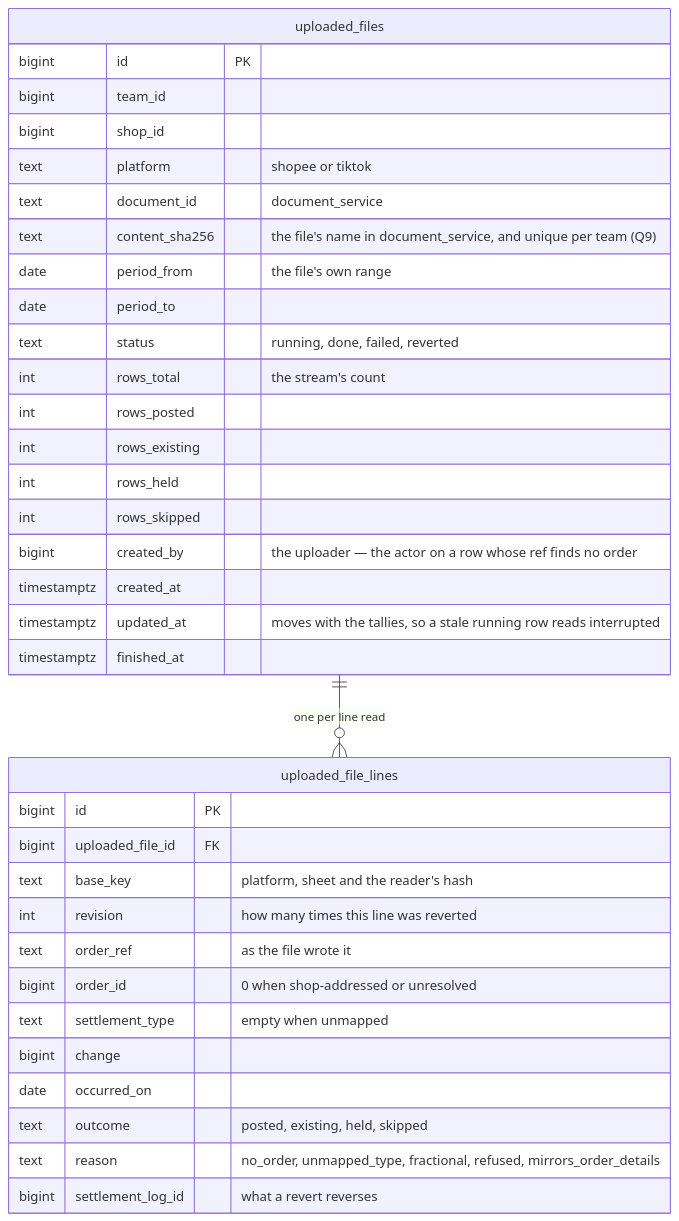
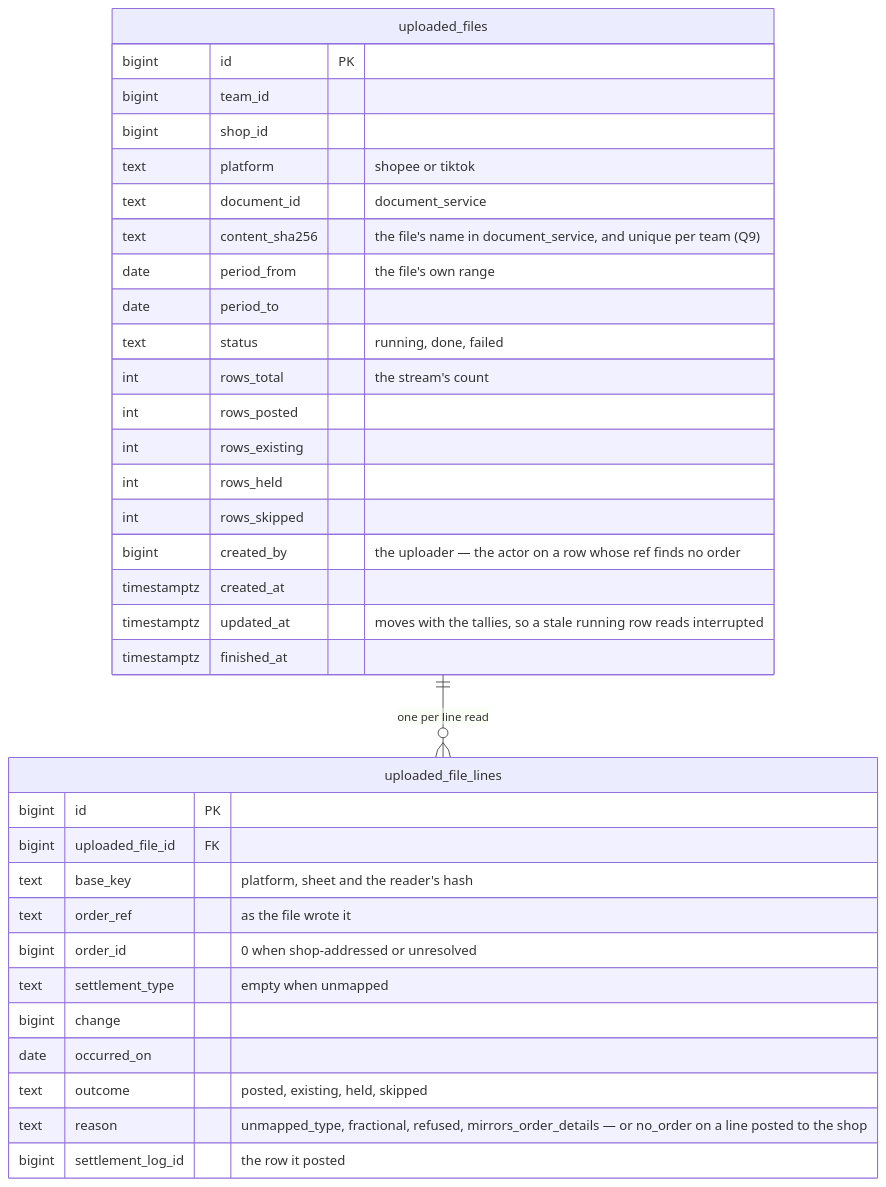
One commit to pdcgo/warehouse_revamp changed the fifth of 8 diagrams in docs/business/settlement/settlement_importer_clarify.md. Above: the diagram before and after it, drawn with Mermaid. The commit also changed other lines of this file and 3 other files, not shown here.

First line of the commit message:
settlement: record three importer answers - stream auth, no revert, post to shop

````diff
--- a/docs/business/settlement/settlement_importer_clarify.md
+++ b/docs/business/settlement/settlement_importer_clarify.md
@@ -210,38 +208,37 @@
 ```mermaid
 erDiagram
   uploaded_files ||--o{ uploaded_file_lines : "one per line read"
   uploaded_files {
     bigint id PK
     bigint team_id
     bigint shop_id
     text platform "shopee or tiktok"
     text document_id "document_service"
     text content_sha256 "the file's name in document_service, and unique per team (Q9)"
     date period_from "the file's own range"
     date period_to
-    text status "running, done, failed, reverted"
+    text status "running, done, failed"
     int rows_total "the stream's count"
     int rows_posted
     int rows_existing
     int rows_held
     int rows_skipped
     bigint created_by "the uploader — the actor on a row whose ref finds no order"
     timestamptz created_at
     timestamptz updated_at "moves with the tallies, so a stale running row reads interrupted"
     timestamptz finished_at
   }
   uploaded_file_lines {
     bigint id PK
     bigint uploaded_file_id FK
     text base_key "platform, sheet and the reader's hash"
-    int revision "how many times this line was reverted"
     text order_ref "as the file wrote it"
     bigint order_id "0 when shop-addressed or unresolved"
     text settlement_type "empty when unmapped"
     bigint change
     date occurred_on
     text outcome "posted, existing, held, skipped"
-    text reason "no_order, unmapped_type, fractional, refused, mirrors_order_details"
-    bigint settlement_log_id "what a revert reverses"
+    text reason "unmapped_type, fractional, refused, mirrors_order_details — or no_order on a line posted to the shop"
+    bigint settlement_log_id "the row it posted"
   }
 ```
````
